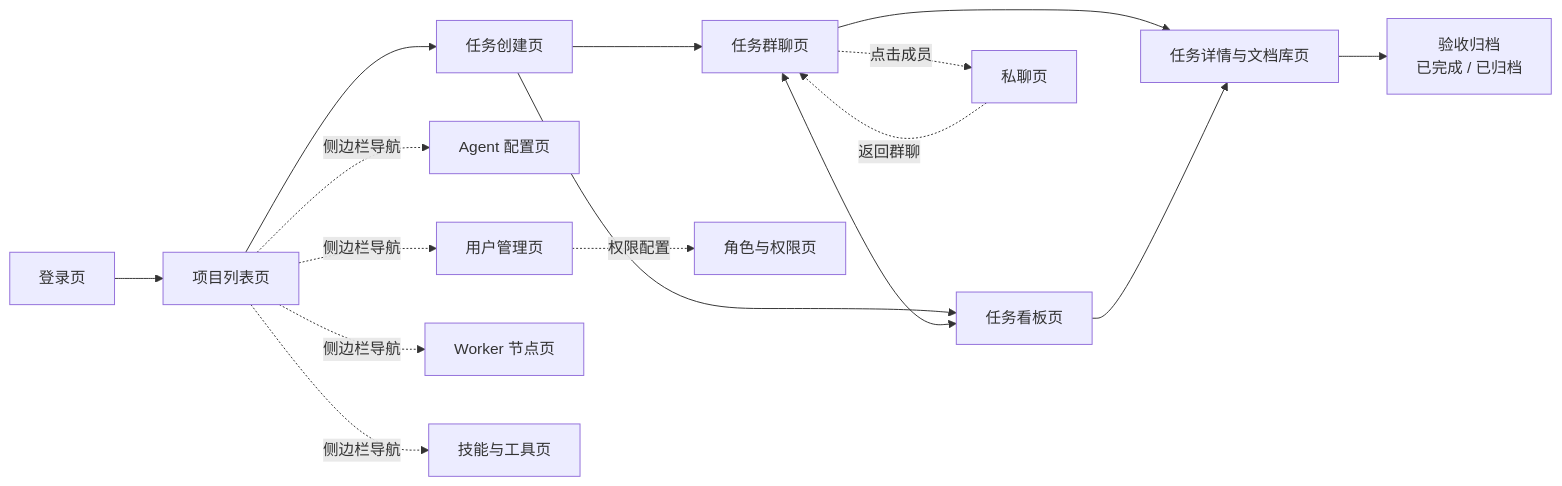
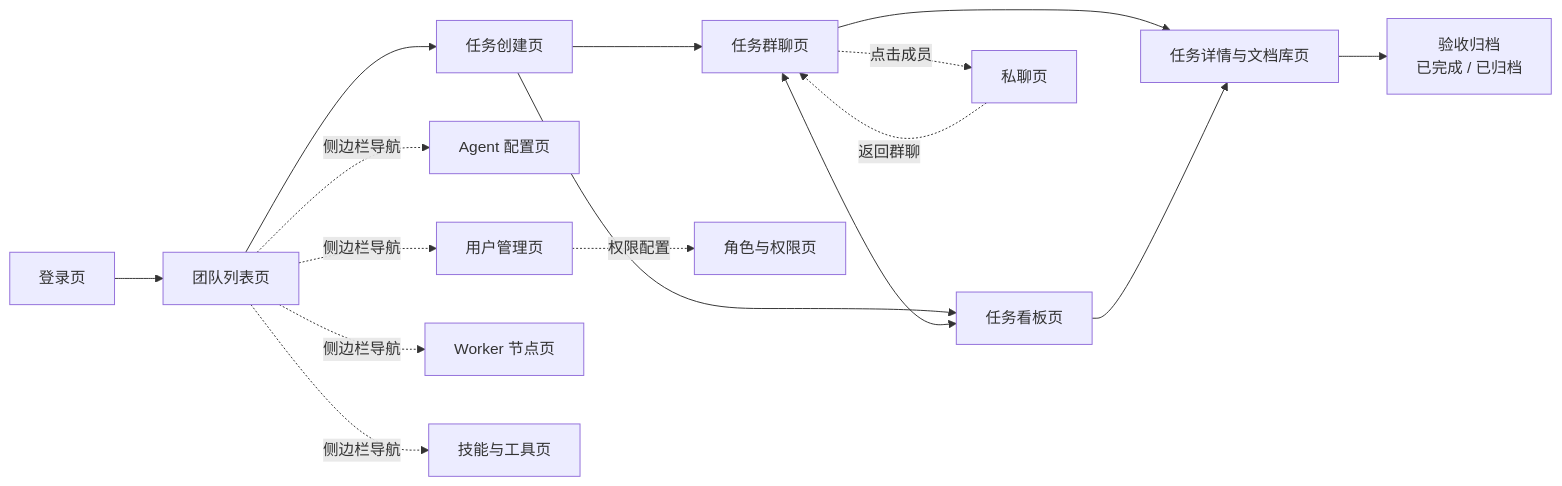
Before and after one commit to guolong123/vteam: the diagram in docs/agent-platform/06-交互与页面设计.md, drawn with Mermaid. The commit also changed other lines of this file and 169 other files, not shown here.

````diff
--- a/docs/agent-platform/06-交互与页面设计.md
+++ b/docs/agent-platform/06-交互与页面设计.md
@@ -367,18 +367,18 @@
 ```mermaid
 flowchart LR
-    A["登录页"] --> B["项目列表页"]
+    A["登录页"] --> B["团队列表页"]
     B --> C["任务创建页"]
     C --> D["任务群聊页"]
     C --> E["任务看板页"]
     D <--> E
     D --> F["任务详情与文档库页"]
     E --> F
     F --> G["验收归档<br>已完成 / 已归档"]
     D -. 点击成员 .-> H["私聊页"]
     H -. 返回群聊 .-> D
     B -. 侧边栏导航 .-> I["Agent 配置页"]
     B -. 侧边栏导航 .-> J["用户管理页"]
     J -. 权限配置 .-> K["角色与权限页"]
     B -. 侧边栏导航 .-> L["Worker 节点页"]
     B -. 侧边栏导航 .-> M["技能与工具页"]
 ```
````
